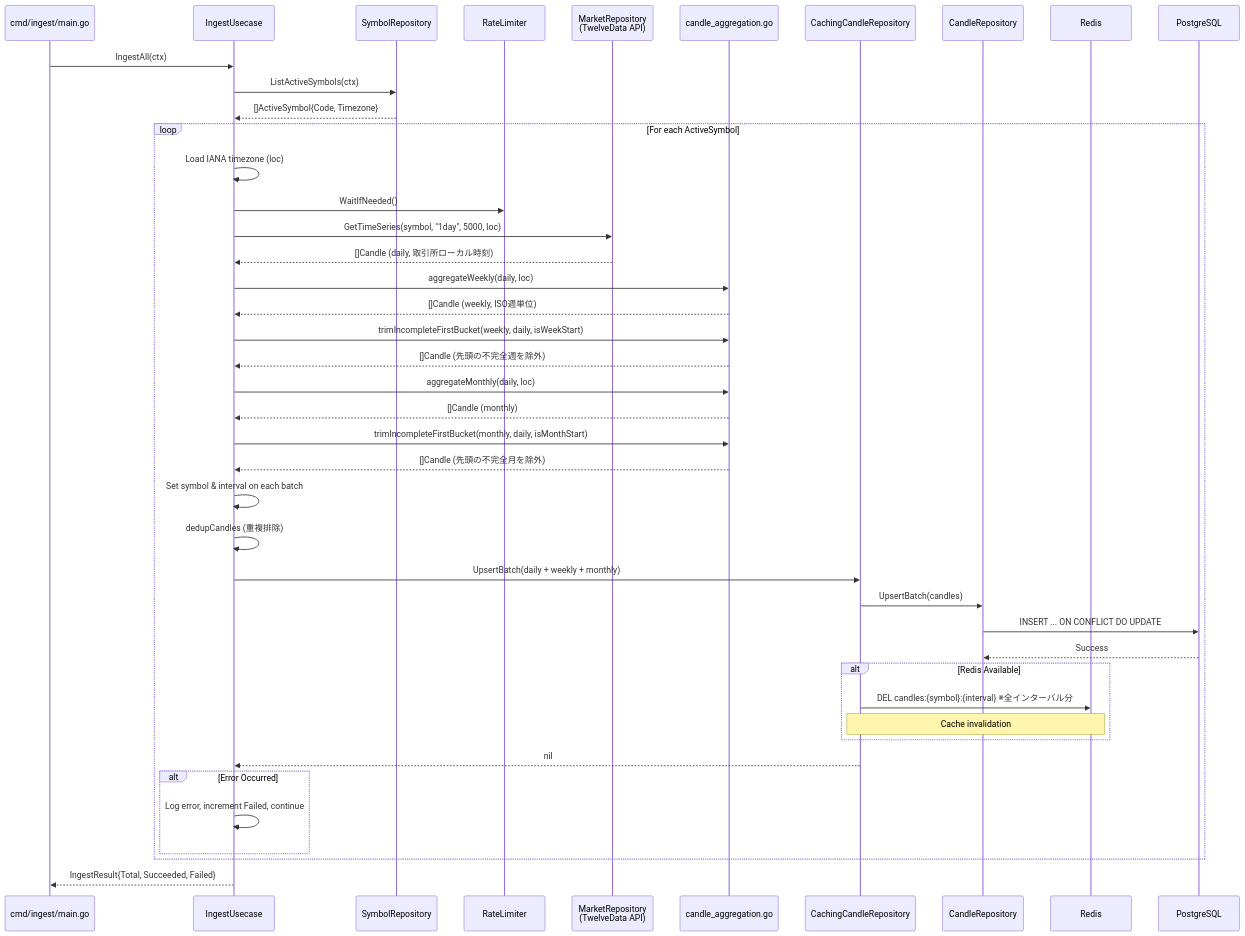
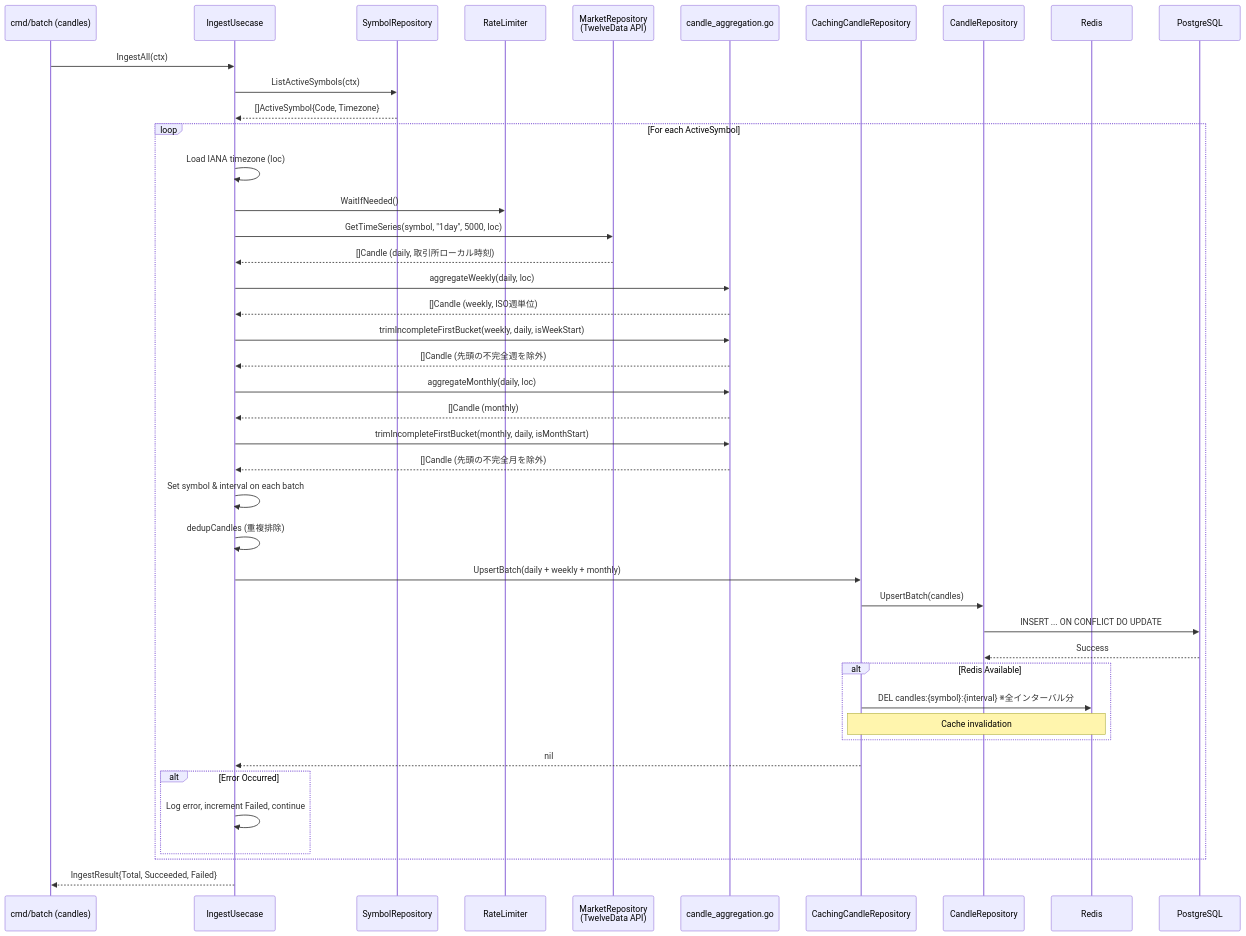
The second of 3 diagrams in internal/feature/candles/README.md (UCHIDAnobuhiro/stock_backend), drawn with Mermaid before and after one commit. The commit also changed 14 other files, not shown here.

First line of the commit message:
refactor: ingest・logo-ingest を cmd/batch に統合

````diff
--- a/internal/feature/candles/README.md
+++ b/internal/feature/candles/README.md
@@ -67,54 +67,54 @@
 ```mermaid
 sequenceDiagram
-    participant Main as cmd/ingest/main.go
+    participant Main as cmd/batch (candles)
     participant Usecase as IngestUsecase
     participant SymbolRepo as SymbolRepository
     participant RateLimiter
     participant Market as MarketRepository<br/>(TwelveData API)
     participant Aggregation as candle_aggregation.go
     participant Cache as CachingCandleRepository
     participant Repository as CandleRepository
     participant Redis
     participant DB as PostgreSQL
 
     Main->>Usecase: IngestAll(ctx)
     Usecase->>SymbolRepo: ListActiveSymbols(ctx)
     SymbolRepo-->>Usecase: []ActiveSymbol{Code, Timezone}
 
     loop For each ActiveSymbol
         Usecase->>Usecase: Load IANA timezone (loc)
         Usecase->>RateLimiter: WaitIfNeeded()
         Usecase->>Market: GetTimeSeries(symbol, "1day", 5000, loc)
         Market-->>Usecase: []Candle (daily, 取引所ローカル時刻)
 
         Usecase->>Aggregation: aggregateWeekly(daily, loc)
         Aggregation-->>Usecase: []Candle (weekly, ISO週単位)
         Usecase->>Aggregation: trimIncompleteFirstBucket(weekly, daily, isWeekStart)
         Aggregation-->>Usecase: []Candle (先頭の不完全週を除外)
 
         Usecase->>Aggregation: aggregateMonthly(daily, loc)
         Aggregation-->>Usecase: []Candle (monthly)
         Usecase->>Aggregation: trimIncompleteFirstBucket(monthly, daily, isMonthStart)
         Aggregation-->>Usecase: []Candle (先頭の不完全月を除外)
 
         Usecase->>Usecase: Set symbol & interval on each batch
         Usecase->>Usecase: dedupCandles (重複排除)
         Usecase->>Cache: UpsertBatch(daily + weekly + monthly)
         Cache->>Repository: UpsertBatch(candles)
         Repository->>DB: INSERT ... ON CONFLICT DO UPDATE
         DB-->>Repository: Success
 
         alt Redis Available
             Cache->>Redis: DEL candles:{symbol}:{interval} ※全インターバル分
             Note over Cache,Redis: Cache invalidation
         end
 
         Cache-->>Usecase: nil
 
         alt Error Occurred
             Usecase->>Usecase: Log error, increment Failed, continue
         end
     end
 
     Usecase-->>Main: IngestResult{Total, Succeeded, Failed}
 ```
````
